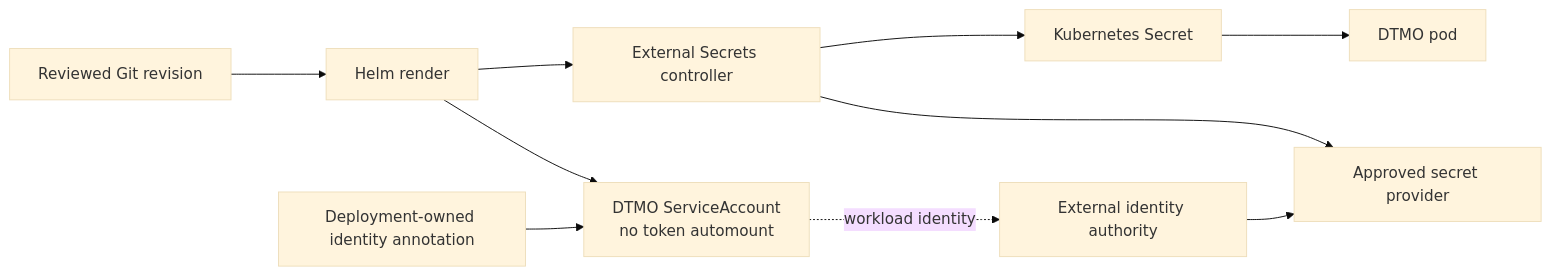
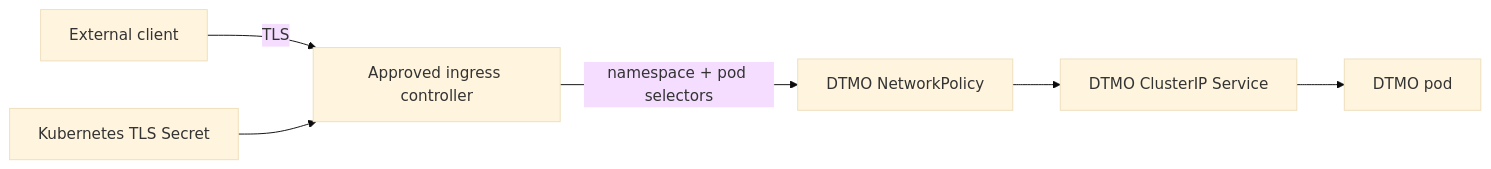
The second of 2 diagrams in README.md (GJvManen/dtmo), drawn with Mermaid (base theme) before and after one commit. The commit also changed other lines of this file, not shown here.

````diff
--- a/README.md
+++ b/README.md
@@ -62,12 +65,8 @@
 ```mermaid
 flowchart LR
-    G[Reviewed Git revision] --> H[Helm render]
-    H --> SA[DTMO ServiceAccount\nno token automount]
-    A[Deployment-owned identity annotation] --> SA
-    SA -. workload identity .-> I[External identity authority]
-    I --> P[Approved secret provider]
-    E[External Secrets controller] --> P
-    H --> E
-    E --> S[Kubernetes Secret]
+    C[External client] -->|TLS| IC[Approved ingress controller]
+    IC -->|namespace + pod selectors| NP[DTMO NetworkPolicy]
+    NP --> S[DTMO ClusterIP Service]
     S --> D[DTMO pod]
+    T[Kubernetes TLS Secret] --> IC
 ```
````
